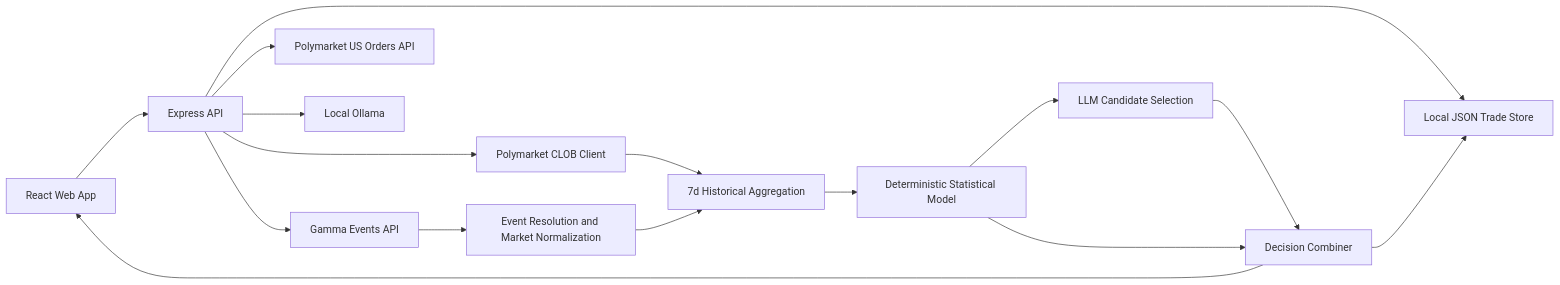
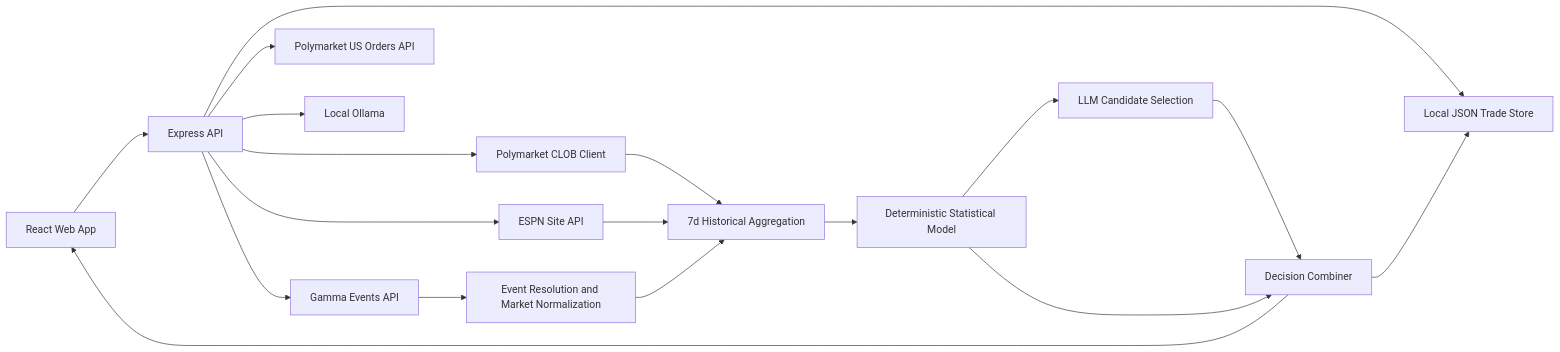
Before and after one commit to npyrz/probis: the first of 3 diagrams in README.md, drawn with Mermaid. The commit also changed other lines of this file, not shown here.

Commit message:
feat: add sports data handling and API endpoints for event inspection and imports

````diff
--- a/README.md
+++ b/README.md
@@ -153,19 +170,21 @@
 ```mermaid
 flowchart LR
 		UI[React Web App] --> API[Express API]
 		API --> Gamma[Gamma Events API]
 		API --> CLOB[Polymarket CLOB Client]
 		API --> PMUS[Polymarket US Orders API]
+    API --> ESPN[ESPN Site API]
 		API --> Ollama[Local Ollama]
 		API --> Store[Local JSON Trade Store]
 
 		Gamma --> Resolver[Event Resolution and Market Normalization]
 		CLOB --> Aggregation[7d Historical Aggregation]
+    ESPN --> Aggregation
 		Resolver --> Aggregation
 		Aggregation --> Stats[Deterministic Statistical Model]
 		Stats --> LLMDecision[LLM Candidate Selection]
 		LLMDecision --> Combiner[Decision Combiner]
 		Stats --> Combiner
 		Combiner --> UI
 		Combiner --> Store
 ```
````
